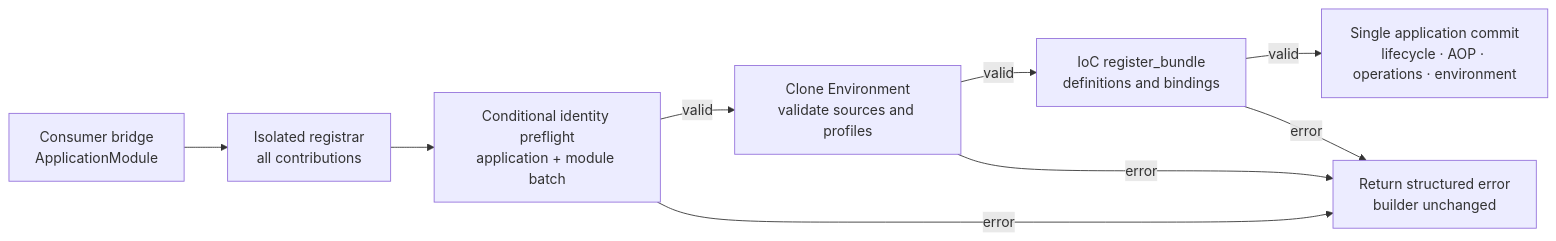
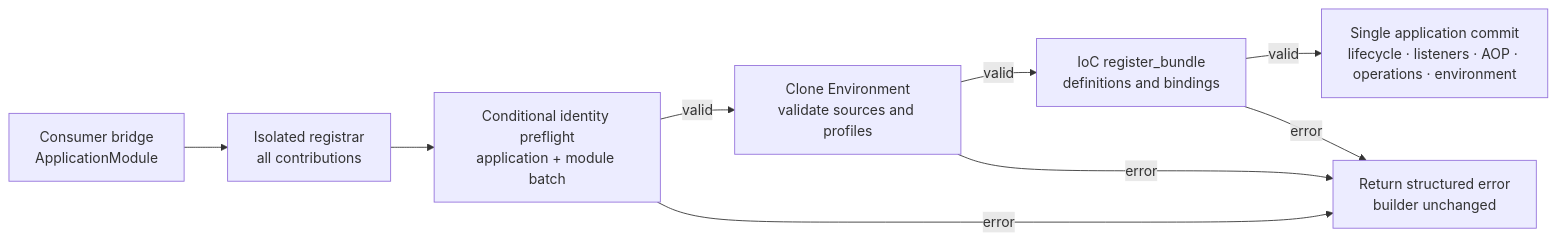
One commit to easy-4-rust/vernal changed diagram 13 of 24 in docs/Vernal-Architecture.md. Above: the diagram before and after it, drawn with Mermaid. The commit also changed other lines of this file and 27 other files, not shown here.

````diff
--- a/docs/Vernal-Architecture.md
+++ b/docs/Vernal-Architecture.md
@@ -987,19 +987,19 @@
 ```mermaid
 flowchart LR
     Bridge["Consumer bridge<br/>ApplicationModule"]
     Stage["Isolated registrar<br/>all contributions"]
     Condition["Conditional identity preflight<br/>application + module batch"]
     Env["Clone Environment<br/>validate sources and profiles"]
     Bundle["IoC register_bundle<br/>definitions and bindings"]
-    Commit["Single application commit<br/>lifecycle · AOP · operations · environment"]
+    Commit["Single application commit<br/>lifecycle · listeners · AOP · operations · environment"]
     Rollback["Return structured error<br/>builder unchanged"]
 
     Bridge --> Stage
     Stage --> Condition
     Condition -->|"valid"| Env
     Condition -->|"error"| Rollback
     Env -->|"valid"| Bundle
     Env -->|"error"| Rollback
     Bundle -->|"valid"| Commit
     Bundle -->|"error"| Rollback
 ```
````
